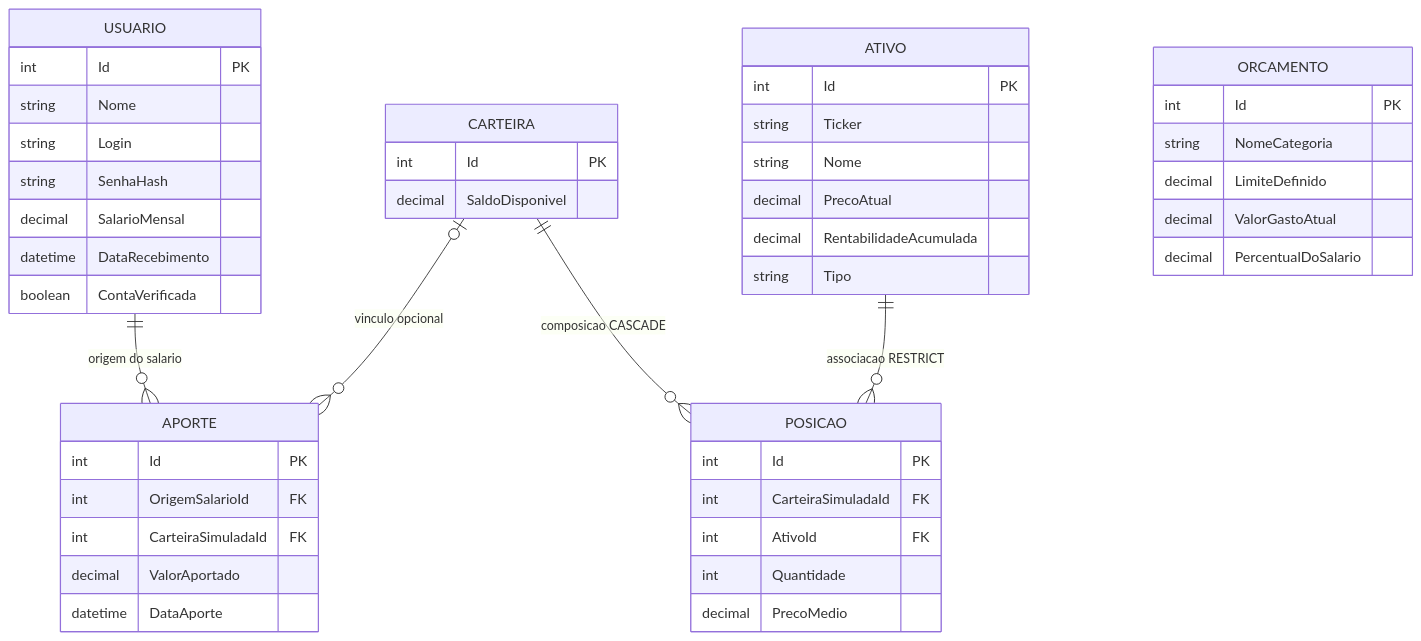
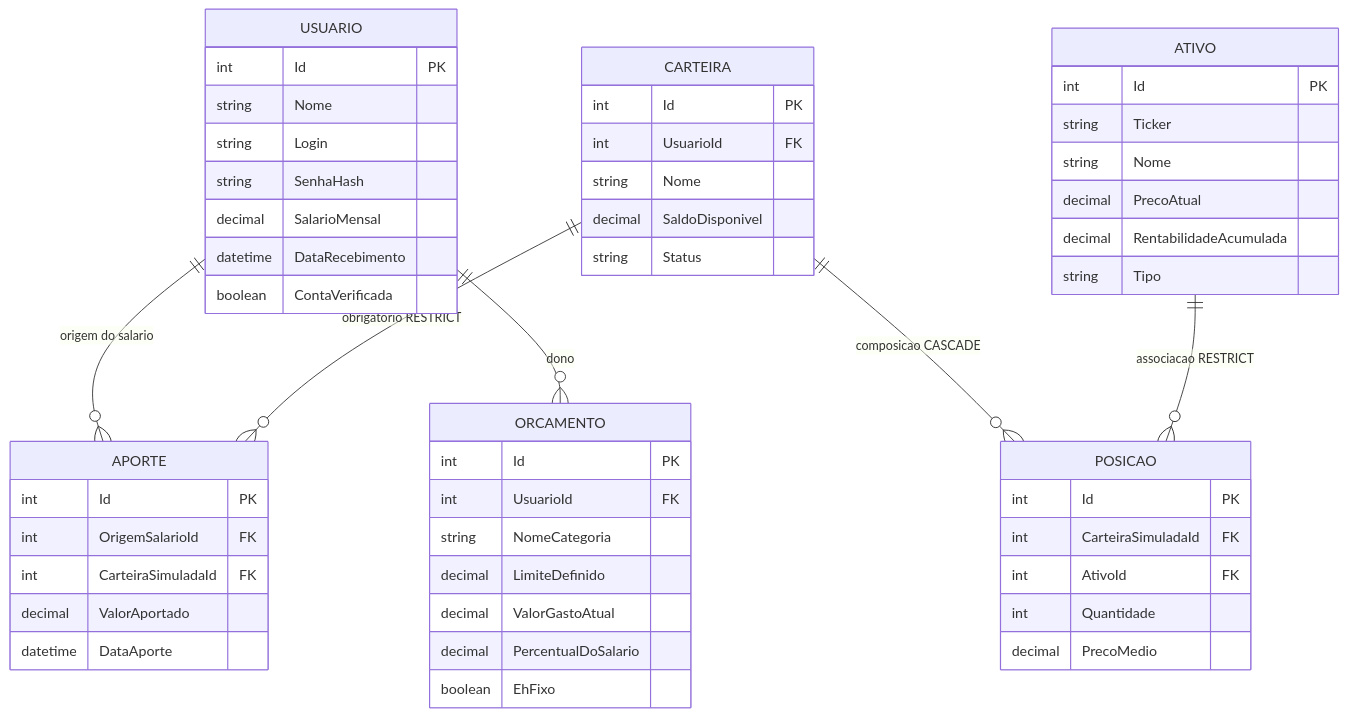
One commit to Carlos-Florenzano/Portfy changed the third of 8 diagrams in docs/diagrama.md. Above: the diagram before and after it, drawn with Mermaid. The commit also changed other lines of this file and 28 other files, not shown here.

````diff
--- a/docs/diagrama.md
+++ b/docs/diagrama.md
@@ -106,50 +106,56 @@
 ```mermaid
 erDiagram
     USUARIO ||--o{ APORTE : "origem do salario"
-    CARTEIRA |o--o{ APORTE : "vinculo opcional"
+    CARTEIRA ||--o{ APORTE : "obrigatorio RESTRICT"
     CARTEIRA ||--o{ POSICAO : "composicao CASCADE"
     ATIVO ||--o{ POSICAO : "associacao RESTRICT"
+    USUARIO ||--o{ ORCAMENTO : "dono"
 
     USUARIO {
         int Id PK
         string Nome
         string Login
         string SenhaHash
         decimal SalarioMensal
         datetime DataRecebimento
         boolean ContaVerificada
     }
     CARTEIRA {
         int Id PK
+        int UsuarioId FK
+        string Nome
         decimal SaldoDisponivel
+        string Status
     }
     POSICAO {
         int Id PK
         int CarteiraSimuladaId FK
         int AtivoId FK
         int Quantidade
         decimal PrecoMedio
     }
     APORTE {
         int Id PK
         int OrigemSalarioId FK
         int CarteiraSimuladaId FK
         decimal ValorAportado
         datetime DataAporte
     }
     ORCAMENTO {
         int Id PK
+        int UsuarioId FK
         string NomeCategoria
         decimal LimiteDefinido
         decimal ValorGastoAtual
         decimal PercentualDoSalario
+        boolean EhFixo
     }
     ATIVO {
         int Id PK
         string Ticker
         string Nome
         decimal PrecoAtual
         decimal RentabilidadeAcumulada
         string Tipo
     }
 ```
````
